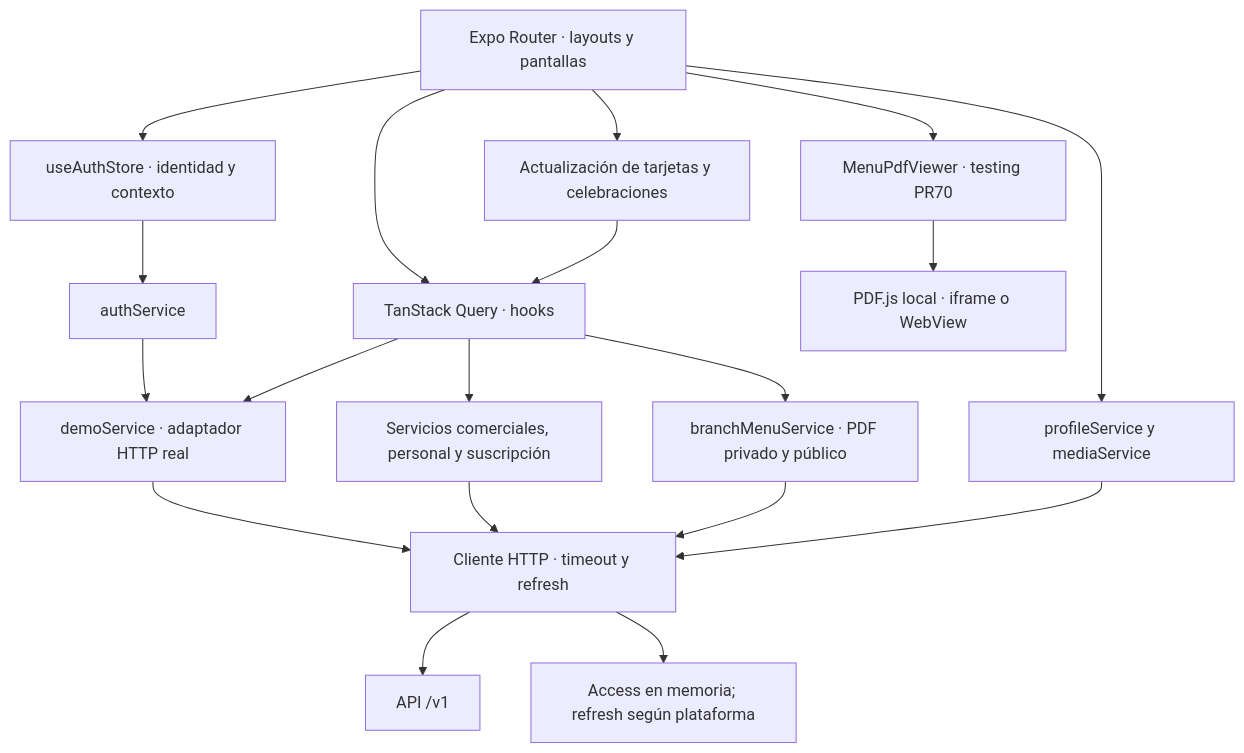
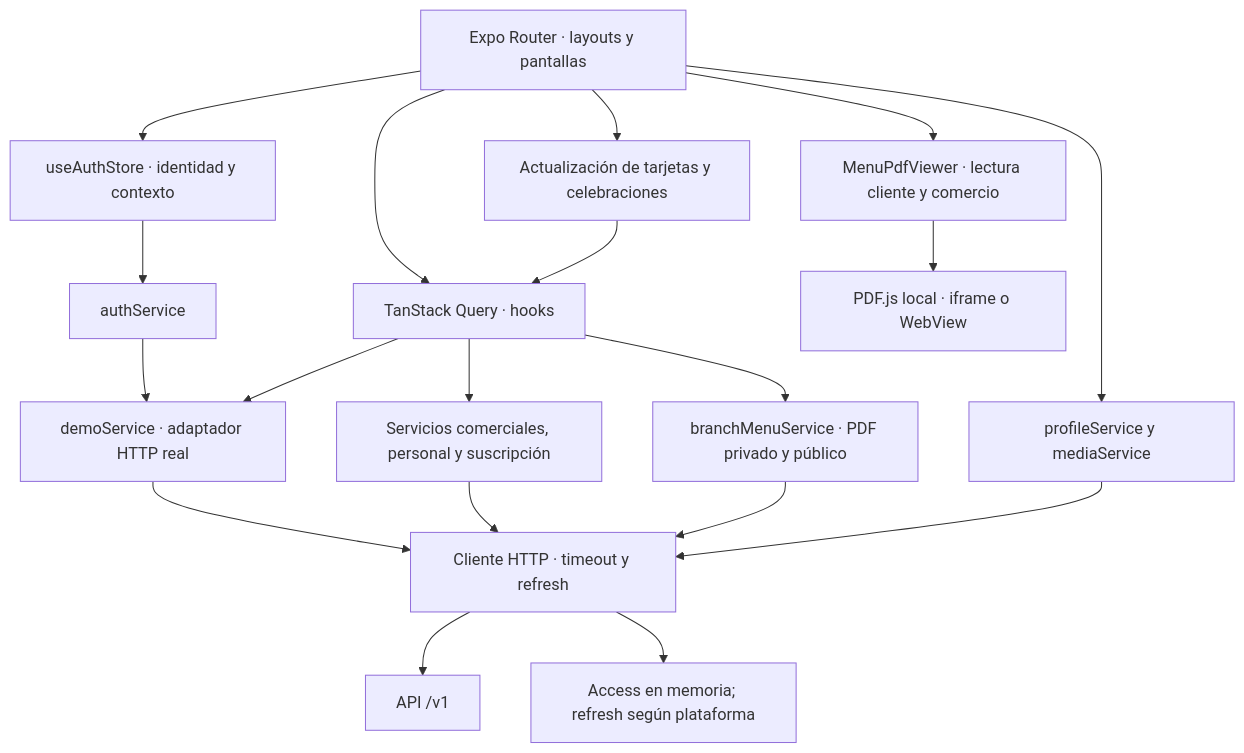
One commit to gagonzalez1/puntazo-docs changed the diagram in docs/architecture/03-frontend-components.md. Above: the diagram before and after it, drawn with Mermaid. The commit also changed other lines of this file and 7 other files, not shown here.

Commit message:
docs: verify fullscreen customer PDF release in testing

````diff
--- a/docs/architecture/03-frontend-components.md
+++ b/docs/architecture/03-frontend-components.md
@@ -19,21 +19,21 @@
 ```mermaid
 flowchart TD
  R[Expo Router · layouts y pantallas] --> AUTH[useAuthStore · identidad y contexto]
  AUTH --> AS[authService]
  AS --> DS[demoService · adaptador HTTP real]
  R --> Q[TanStack Query · hooks]
  Q --> DS
  Q --> MS[Servicios comerciales, personal y suscripción]
  Q --> MENU[branchMenuService · PDF privado y público]
- R --> VIEWER[MenuPdfViewer · testing PR70]
+ R --> VIEWER[MenuPdfViewer · lectura cliente y comercio]
  VIEWER --> RENDER[PDF.js local · iframe o WebView]
  R --> PS[profileService y mediaService]
  R --> EV[Actualización de tarjetas y celebraciones]
  EV --> Q
  DS --> HTTP[Cliente HTTP · timeout y refresh]
  MS --> HTTP
  MENU --> HTTP
  PS --> HTTP
  HTTP --> API[API /v1]
  HTTP --> TS[Access en memoria; refresh según plataforma]
 ```
````
